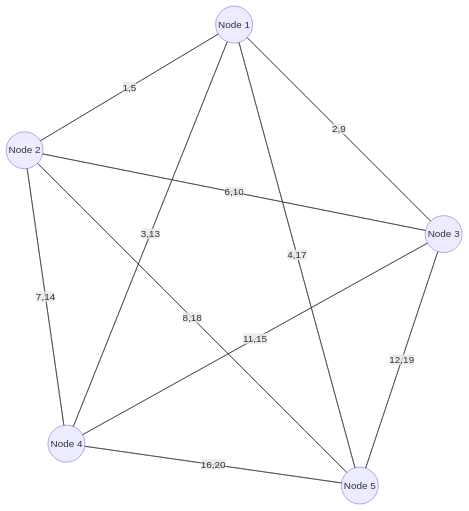
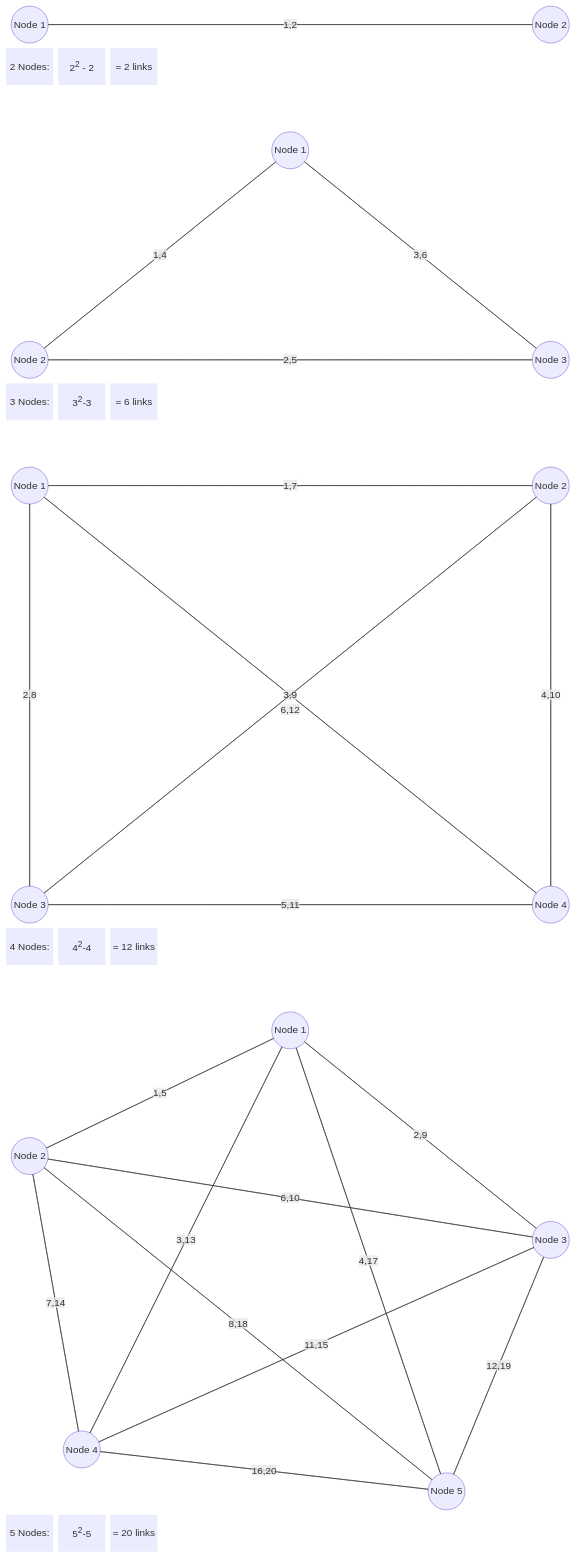
The fifth of 5 diagrams in README.md (MarthinL/fedist), drawn with Mermaid before and after one commit. The commit also changed other lines of this file, not shown here.

Commit message:
One Diagram

````diff
--- a/README.md
+++ b/README.md
@@ -245,37 +189,112 @@
 ```mermaid
 block-beta
     columns 11
+
+    Aa(("Node 1")):1
+    space:9
+    Ba(("Node 2")):1
+    Aa --- Ba
+    Ba --"1,2"--- Aa
+
+    Ha1["2 Nodes:"]
+    Ha2["2<sup>2</sup> - 2"]
+    Ha3["= 2 links"]
+    space:8
+    style Ha1 stroke:none
+    style Ha2 stroke:none
+    style Ha3 stroke:none
+    space:11
+
     space:5
-    A(("Node 1")):1
+    Ab(("Node 1")):1
+    space:5
+    space:44
+    Bb(("Node 2")):1
+    space:9
+    Cb(("Node 3")):1
+    Ab --- Bb
+    Bb --- Cb
+    Ab --- Cb
+    Bb --"1,4"--- Ab
+    Cb --"2,5"--- Bb
+    Cb --"3,6"--- Ab
+
+    Hb1["3 Nodes:"]
+    Hb2["3<sup>2</sup>-3"]
+    Hb3["= 6 links"]
+    space:8
+    style Hb1 stroke:none
+    style Hb2 stroke:none
+    style Hb3 stroke:none
+    space:11
+
+    Ac(("Node 1")):1
+    space:9
+    Bc(("Node 2")):1
+    space:99
+    Cc(("Node 3")):1
+    space:9
+    Dc(("Node 4")):1
+    Ac --- Bc
+    Ac --- Cc
+    Ac --- Dc
+    Bc --- Dc
+    Cc --- Dc
+    Bc --- Cc
+    Bc --"1,7"--- Ac
+    Cc --"2,8"--- Ac
+    Dc --"3,9"--- Ac
+    Dc --"4,10"--- Bc
+    Dc --"5,11"--- Cc
+    Cc --"<br><br>6,12"--- Bc
+
+    Hc1["4 Nodes:"]
+    Hc2["4<sup>2</sup>-4"]
+    Hc3["= 12 links"]
+    space:8
+    style Hc1 stroke:none
+    style Hc2 stroke:none
+    style Hc3 stroke:none
+    space:11
+
+    space:5
+    Ad(("Node 1")):1
     space:27
-    B(("Node 2")):1
+    Bd(("Node 2")):1
     space:31
-    C(("Node 3")):1
+    Cd(("Node 3")):1
     space:45
-    D(("Node 4")):1
+    Dd(("Node 4")):1
     space:17
-    E(("Node 5")):1
+    Ed(("Node 5")):1
+    space:2
 
-    A---B
-    A---C
-    A---D
-    A---E
-    B--"1,5"---A
-    B---C
-    B---D
-    B---E
-    C--"2,9"---A
-    C--"6,10"---B
-    C---D
-    C---E
-    D--"3,13"---A
-    D--"7,14"---B
-    D--"11,15"---C
-    D---E
-    E--"4,17"---A
-    E--"8,18"---B
-    E--"12,19"---C
-    E--"16,20"---D
+    Ad---Bd
+    Ad---Cd
+    Ad---Dd
+    Ad---Ed
+    Bd--"1,5"---Ad
+    Bd---Cd
+    Bd---Dd
+    Bd---Ed
+    Cd--"2,9"---Ad
+    Cd--"6,10"---Bd
+    Cd---Dd
+    Cd---Ed
+    Dd--"3,13"---Ad
+    Dd--"7,14"---Bd
+    Dd--"11,15"---Cd
+    Dd---Ed
+    Ed--"4,17"---Ad
+    Ed--"8,18"---Bd
+    Ed--"12,19"---Cd
+    Ed--"16,20"---Dd
 
-
+    Hd1["5 Nodes:"]
+    Hd2["5<sup>2</sup>-5"]
+    Hd3["= 20 links"]
+    space:8
+    style Hd1 stroke:none
+    style Hd2 stroke:none
+    style Hd3 stroke:none
 ```
````
